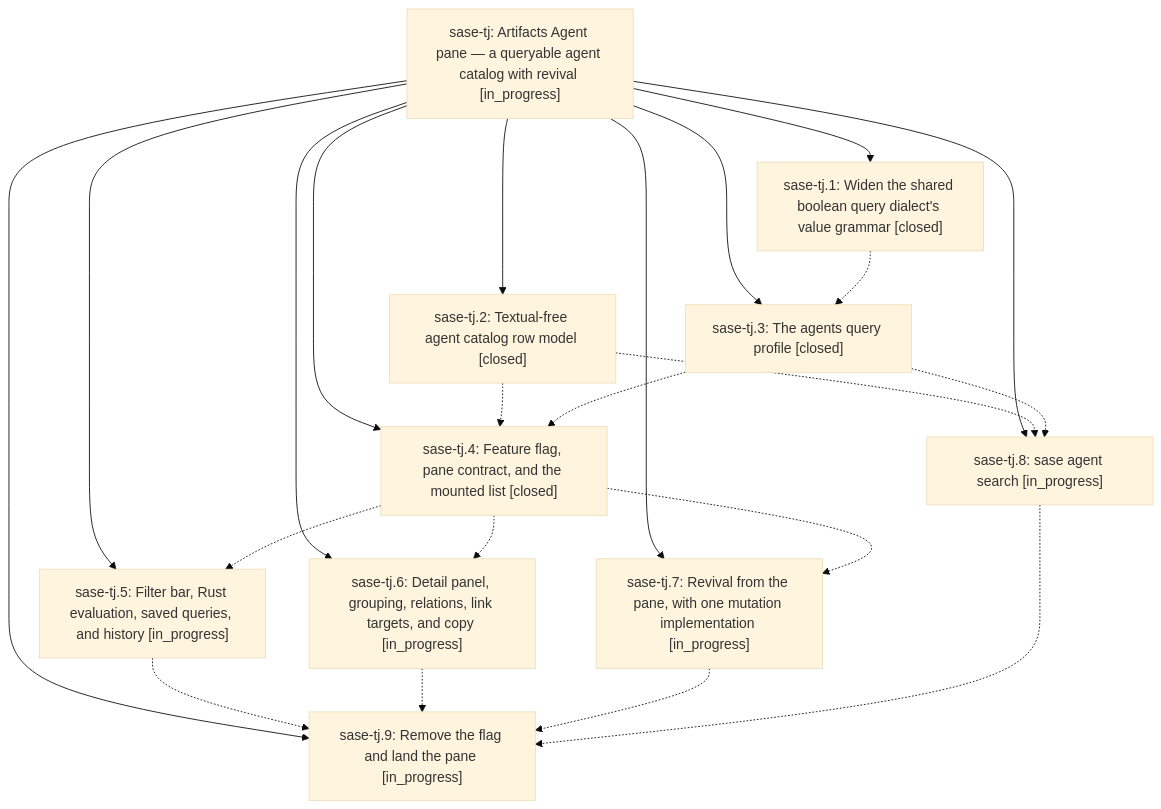
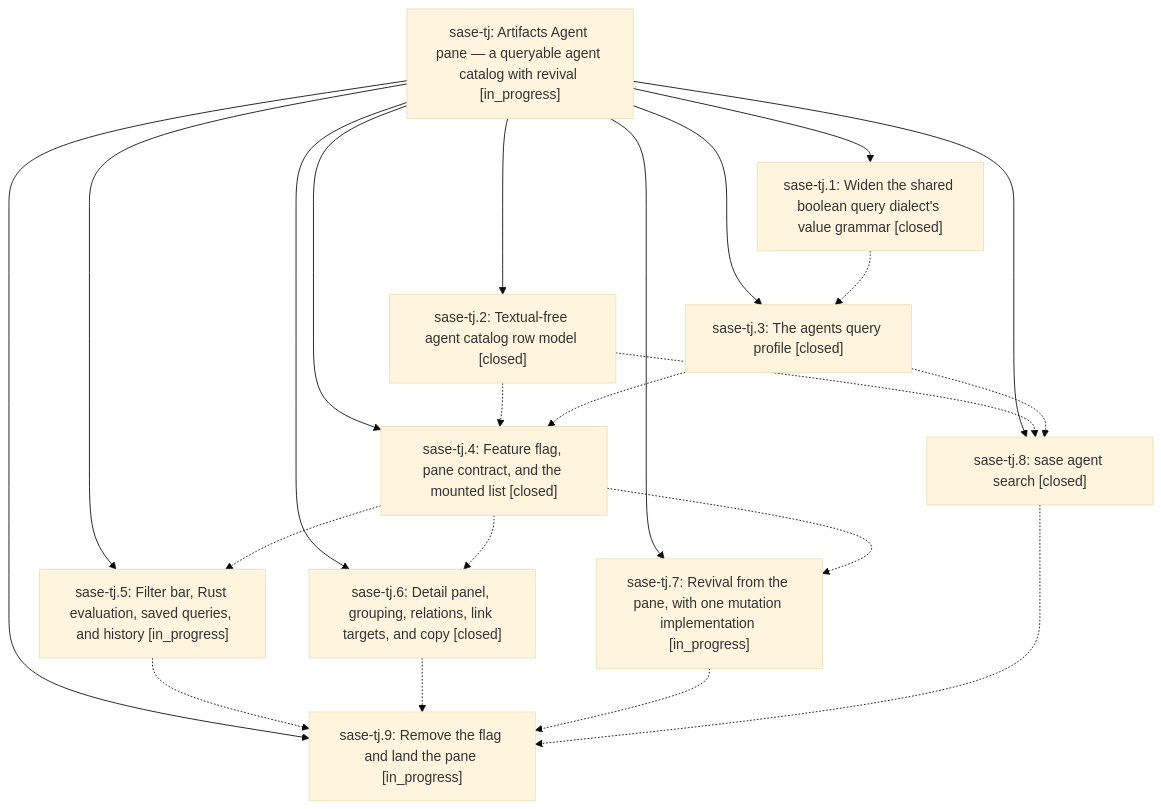
Before and after one commit to sase-org/sase--beads: the diagram in pages/sase-tj/README.md, drawn with Mermaid (base theme). The commit also changed other lines of this file and 6 other files, not shown here.

````diff
--- a/pages/sase-tj/README.md
+++ b/pages/sase-tj/README.md
@@ -40,34 +40,34 @@
 ```mermaid
 flowchart TD
     n0["sase-tj: Artifacts Agent pane — a queryable agent catalog with revival [in_progress]"]
     n1["sase-tj.1: Widen the shared boolean query dialect's value grammar [closed]"]
     n2["sase-tj.2: Textual-free agent catalog row model [closed]"]
     n3["sase-tj.3: The agents query profile [closed]"]
     n4["sase-tj.4: Feature flag, pane contract, and the mounted list [closed]"]
     n5["sase-tj.5: Filter bar, Rust evaluation, saved queries, and history [in_progress]"]
-    n6["sase-tj.6: Detail panel, grouping, relations, link targets, and copy [in_progress]"]
+    n6["sase-tj.6: Detail panel, grouping, relations, link targets, and copy [closed]"]
     n7["sase-tj.7: Revival from the pane, with one mutation implementation [in_progress]"]
-    n8["sase-tj.8: sase agent search [in_progress]"]
+    n8["sase-tj.8: sase agent search [closed]"]
     n9["sase-tj.9: Remove the flag and land the pane [in_progress]"]
     n0 --> n1
     n0 --> n2
     n0 --> n3
     n0 --> n4
     n0 --> n5
     n0 --> n6
     n0 --> n7
     n0 --> n8
     n0 --> n9
     n1 -.-> n3
     n2 -.-> n4
     n2 -.-> n8
     n3 -.-> n4
     n3 -.-> n8
     n4 -.-> n5
     n4 -.-> n6
     n4 -.-> n7
     n5 -.-> n9
     n6 -.-> n9
     n7 -.-> n9
     n8 -.-> n9
 ```
````
